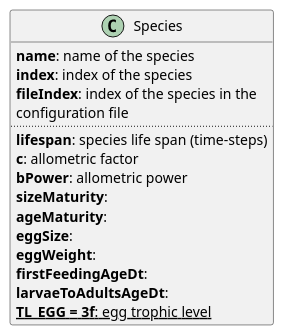
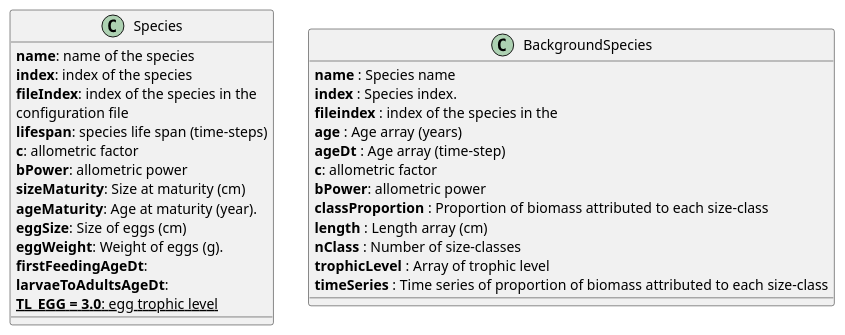
The diagram in doc/odd_des/_static/species.puml (osmose-model/osmose), drawn with PlantUML before and after one commit.

Commit message:
adding background species

```diff
--- a/doc/odd_des/_static/species.puml
+++ b/doc/odd_des/_static/species.puml
@@ -1,19 +1,34 @@
 @startuml
 class Species {
   {field} <b>name</b>: name of the species
   {field} <b>index</b>: index of the species
   {field} <b>fileIndex</b>: index of the species in the
   {field} configuration file
-  ..
   {field} <b>lifespan</b>: species life span (time-steps)
   {field} <b>c</b>: allometric factor
   {field} <b>bPower</b>: allometric power
-  {field} <b>sizeMaturity</b>:
-  {field} <b>ageMaturity</b>:
-  {field} <b>eggSize</b>:
-  {field} <b>eggWeight</b>:
+  {field} <b>sizeMaturity</b>: Size at maturity (cm)
+  {field} <b>ageMaturity</b>: Age at maturity (year).
+  {field} <b>eggSize</b>: Size of eggs (cm)
+  {field} <b>eggWeight</b>: Weight of eggs (g).
   {field} <b>firstFeedingAgeDt</b>:
   {field} <b>larvaeToAdultsAgeDt</b>:
-  {static} <b>TL_EGG = 3f</b>: egg trophic level
+  {static} <b>TL_EGG = 3.0</b>: egg trophic level
 }
+
+class BackgroundSpecies {
+	{field} <b>name</b> : Species name
+	{field} <b>index</b> : Species index.
+	{field} <b>fileindex</b> : index of the species in the
+	{field} <b>age</b> : Age array (years)
+	{field} <b>ageDt</b> : Age array (time-step)
+  {field} <b>c</b>: allometric factor
+  {field} <b>bPower</b>: allometric power
+	{field} <b>classProportion</b> : Proportion of biomass attributed to each size-class
+	{field} <b>length</b> : Length array (cm)
+	{field} <b>nClass</b> : Number of size-classes
+	{field} <b>trophicLevel</b> : Array of trophic level
+  {field} <b>timeSeries</b> : Time series of proportion of biomass attributed to each size-class
+}
+
 @enduml
```
